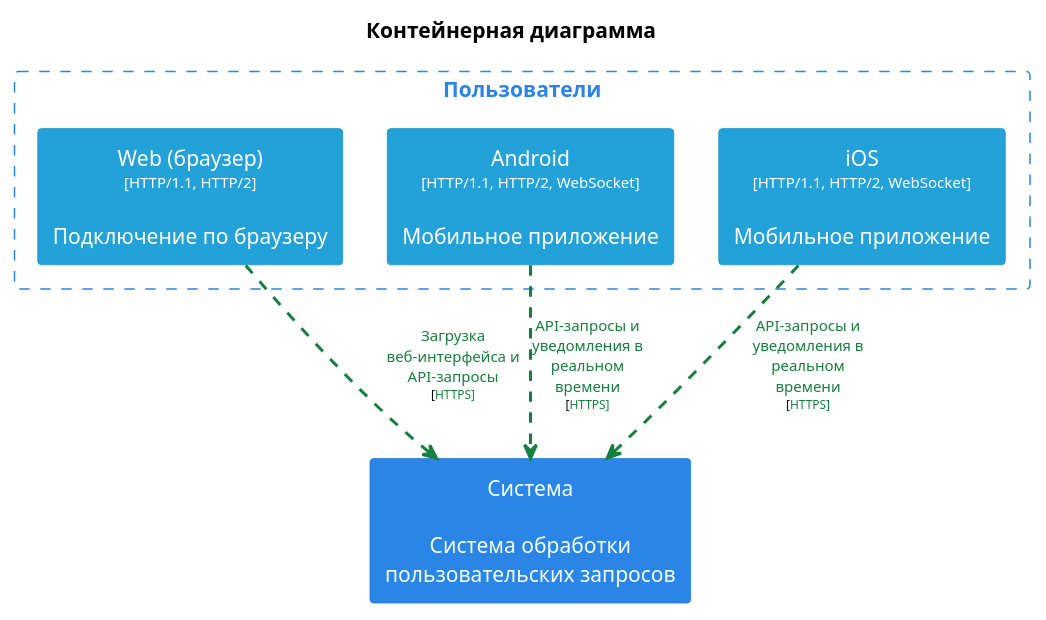
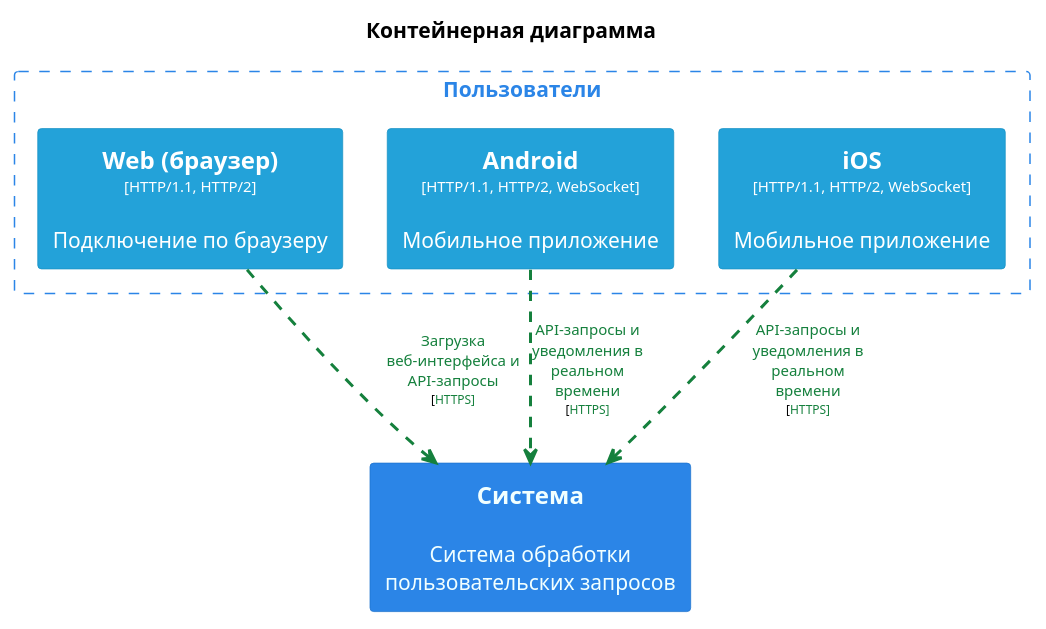
One commit to shelepovg/system-design-homework changed the diagram in doc/схемы/user_container.puml. Above: the diagram before and after it, drawn with PlantUML. The commit also changed 10 other files, not shown here.

Commit message:
скорректировал схемы для для управления RBAC

```diff
--- a/doc/схемы/user_container.puml
+++ b/doc/схемы/user_container.puml
@@ -1,50 +1,50 @@
 @startuml
 title "Контейнерная диаграмма"
 top to bottom direction
 
 hide stereotype
 skinparam ranksep 60
 skinparam nodesep 30
 skinparam {
   arrowFontSize 10
   defaultTextAlignment center
   wrapWidth 200
   maxMessageSize 100
   shadowing false
 }
 
 skinparam rectangle<<UsersWeb>>{
   BackgroundColor #23a2d9
   FontColor #ffffff
   BorderColor #1892c5
 }
 skinparam rectangle<<UsersAndroid>>{
   BackgroundColor #23a2d9
   FontColor #ffffff
   BorderColor #1892c5
 }
 skinparam rectangle<<UsersIos>>{
   BackgroundColor #23a2d9
   FontColor #ffffff
   BorderColor #1892c5
 }
 skinparam rectangle<<System>>{
   BackgroundColor #2b85e7
   FontColor #f1ffff
   BorderColor #1e73ce
 }
 rectangle "Пользователи" <<Users>> as Users {
   skinparam RectangleBorderColor<<Users>> #2b85e7
   skinparam RectangleFontColor<<Users>> #2b85e7
   skinparam RectangleBorderStyle<<Users>> dashed
 
-  rectangle "Web (браузер)\n<size:10>[HTTP/1.1, HTTP/2]</size>\n\nПодключение по браузеру" <<UsersWeb>> as UsersWeb
-  rectangle "Android\n<size:10>[HTTP/1.1, HTTP/2, WebSocket]</size>\n\nМобильное приложение" <<UsersAndroid>> as UsersAndroid
-  rectangle "iOS\n<size:10>[HTTP/1.1, HTTP/2, WebSocket]</size>\n\nМобильное приложение" <<UsersIos>> as UsersIos
+  rectangle "==Web (браузер)\n<size:10>[HTTP/1.1, HTTP/2]</size>\n\nПодключение по браузеру" <<UsersWeb>> as UsersWeb
+  rectangle "==Android\n<size:10>[HTTP/1.1, HTTP/2, WebSocket]</size>\n\nМобильное приложение" <<UsersAndroid>> as UsersAndroid
+  rectangle "==iOS\n<size:10>[HTTP/1.1, HTTP/2, WebSocket]</size>\n\nМобильное приложение" <<UsersIos>> as UsersIos
 }
-rectangle "Система\n\nСистема обработки пользовательских запросов" <<System>> as System
+rectangle "==Система\n\nСистема обработки пользовательских запросов" <<System>> as System
 
 UsersWeb .[#15803d,thickness=2].> System : <color:#15803d>Загрузка веб-интерфейса и API-запросы\n<size:8>[<color:#15803d>HTTPS]</size>
 UsersAndroid .[#15803d,thickness=2].> System : <color:#15803d>API-запросы и уведомления в реальном \n<color:#15803d>времени\n<size:8>[<color:#15803d>HTTPS]</size>
 UsersIos .[#15803d,thickness=2].> System : <color:#15803d>API-запросы и уведомления в реальном \n<color:#15803d>времени\n<size:8>[<color:#15803d>HTTPS]</size>
 @enduml
```
